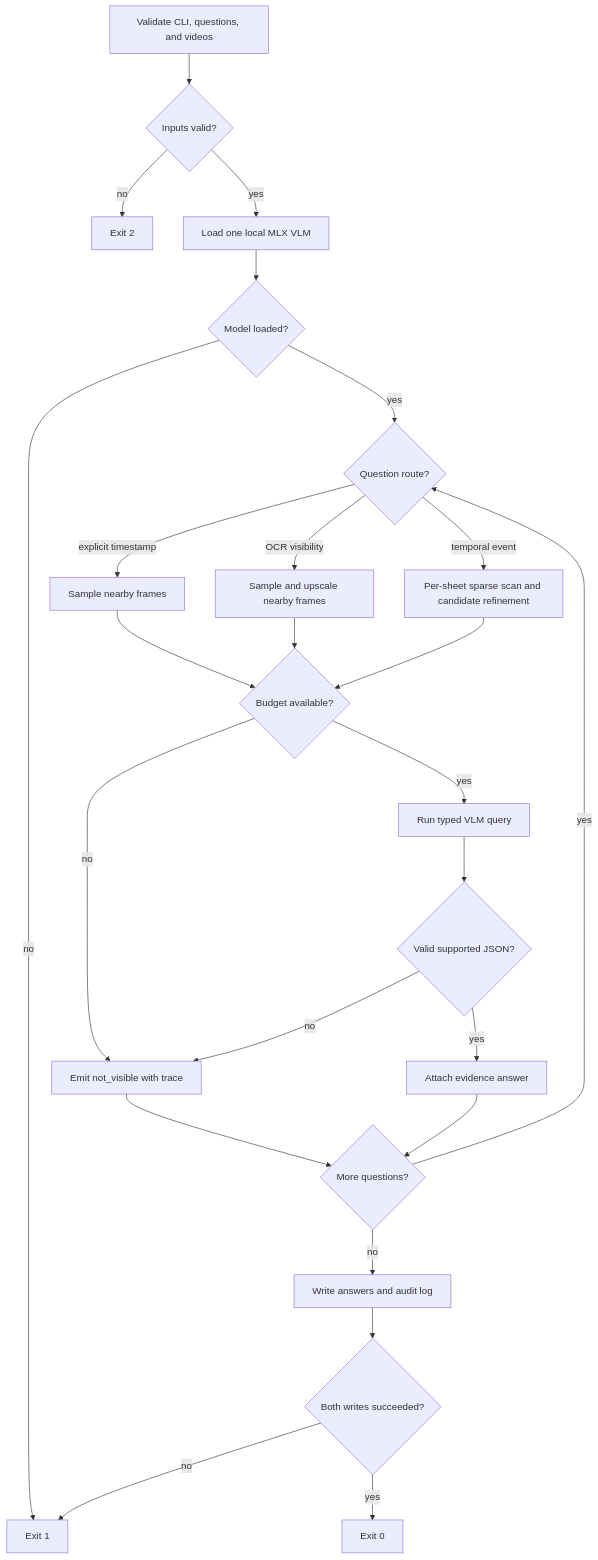
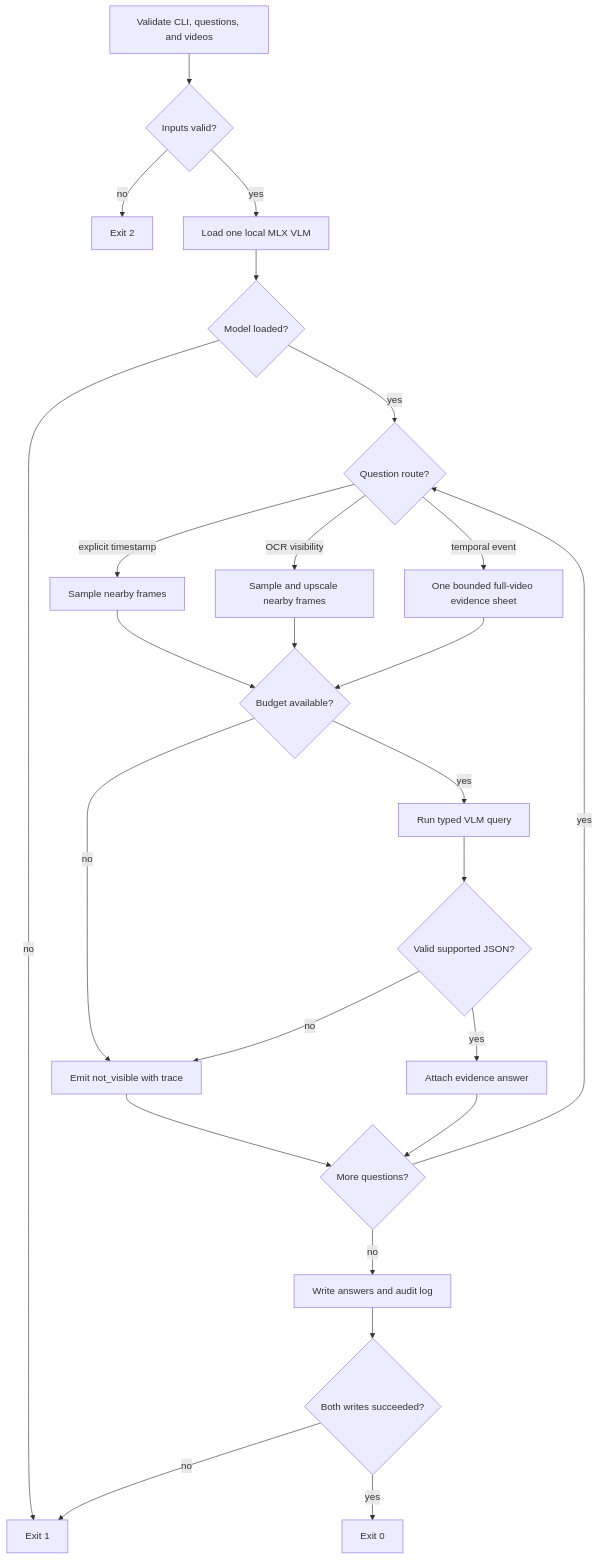
One commit to softpeanut/kitchen-cctv-agent changed the diagram in DESIGN.md. Above: the diagram before and after it, drawn with Mermaid. The commit also changed other lines of this file and 6 other files, not shown here.

Commit message:
Stabilize bounded kitchen evidence runs

````diff
--- a/DESIGN.md
+++ b/DESIGN.md
@@ -68,27 +65,27 @@
 ```mermaid
 flowchart TD
     A["Validate CLI, questions, and videos"] --> B{"Inputs valid?"}
     B -- no --> X["Exit 2"]
     B -- yes --> C["Load one local MLX VLM"]
     C --> D{"Model loaded?"}
     D -- no --> Y["Exit 1"]
     D -- yes --> E{"Question route?"}
     E -- explicit timestamp --> F["Sample nearby frames"]
     E -- OCR visibility --> G["Sample and upscale nearby frames"]
-    E -- temporal event --> H["Per-sheet sparse scan and candidate refinement"]
+    E -- temporal event --> H["One bounded full-video evidence sheet"]
     F --> I{"Budget available?"}
     G --> I
     H --> I
     I -- no --> J["Emit not_visible with trace"]
     I -- yes --> K["Run typed VLM query"]
     K --> L{"Valid supported JSON?"}
     L -- no --> J
     L -- yes --> M["Attach evidence answer"]
     J --> N{"More questions?"}
     M --> N
     N -- yes --> E
     N -- no --> O["Write answers and audit log"]
     O --> P{"Both writes succeeded?"}
     P -- no --> Y
     P -- yes --> Q["Exit 0"]
 ```
````
